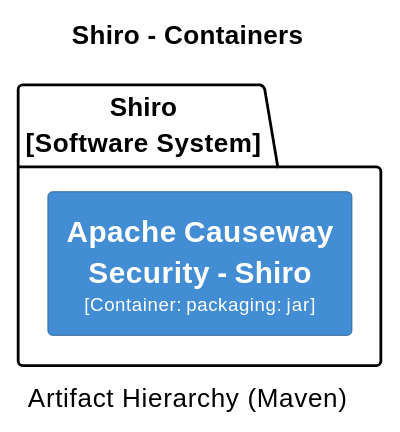
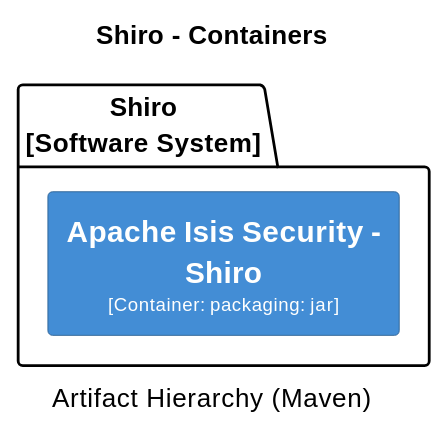
Before and after one commit to Supermajestcd/XMP--toolkits: diagram 13 of 32 in core/adoc/modules/_overview/pages/about.adoc, drawn with PlantUML. The commit also changed other lines of this file and 13571 other files, not shown here.

```diff
--- a/core/adoc/modules/_overview/pages/about.adoc
+++ b/core/adoc/modules/_overview/pages/about.adoc
@@ -2354,25 +2542,25 @@
 [plantuml,Shiro,svg]
 ----
 @startuml(id=Shiro)
 title Shiro - Containers
 caption Artifact Hierarchy (Maven)
 
 skinparam {
   shadowing false
   arrowFontSize 10
   defaultTextAlignment center
   wrapWidth 200
   maxMessageSize 100
 }
 hide stereotype
 left to right direction
 skinparam rectangle<<2>> {
   BackgroundColor #438dd5
   FontColor #fffffe
   BorderColor #2E6295
 }
 package "Shiro\n[Software System]" {
-  rectangle "==Apache Causeway Security - Shiro\n<size:10>[Container: packaging: jar]</size>" <<2>> as 2
+  rectangle "==Apache Isis Security - Shiro\n<size:10>[Container: packaging: jar]</size>" <<2>> as 2
 }
 @enduml
 ----
```
